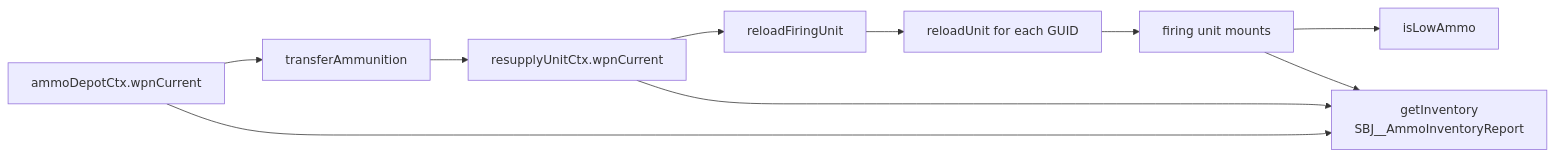
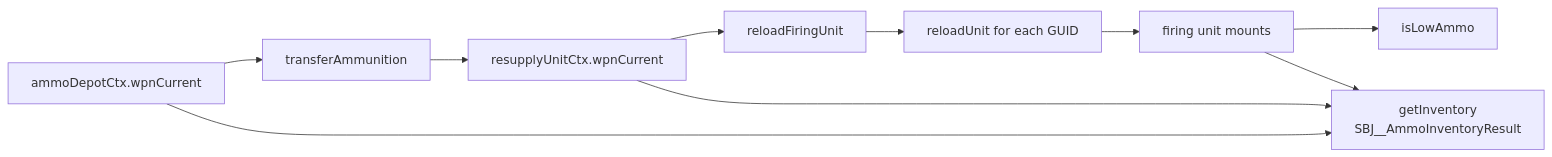
Before and after one commit to pullupjumper/formosa-in-flames: the diagram in docs/missileSystem/ammo.md, drawn with Mermaid. The commit also changed other lines of this file and 21 other files, not shown here.

````diff
--- a/docs/missileSystem/ammo.md
+++ b/docs/missileSystem/ammo.md
@@ -30,15 +30,15 @@
 ```mermaid
 flowchart LR
     AD[ammoDepotCtx.wpnCurrent] --> TA[transferAmmunition]
     TA --> RU[resupplyUnitCtx.wpnCurrent]
 
     RU --> RF[reloadFiringUnit]
     RF --> R1[reloadUnit for each GUID]
     R1 --> TEL[firing unit mounts]
 
     TEL --> LA[isLowAmmo]
 
     AD --> INV
     RU --> INV
-    TEL --> INV[getInventory<br>SBJ__AmmoInventoryReport]
+    TEL --> INV[getInventory<br>SBJ__AmmoInventoryResult]
 ```
````
